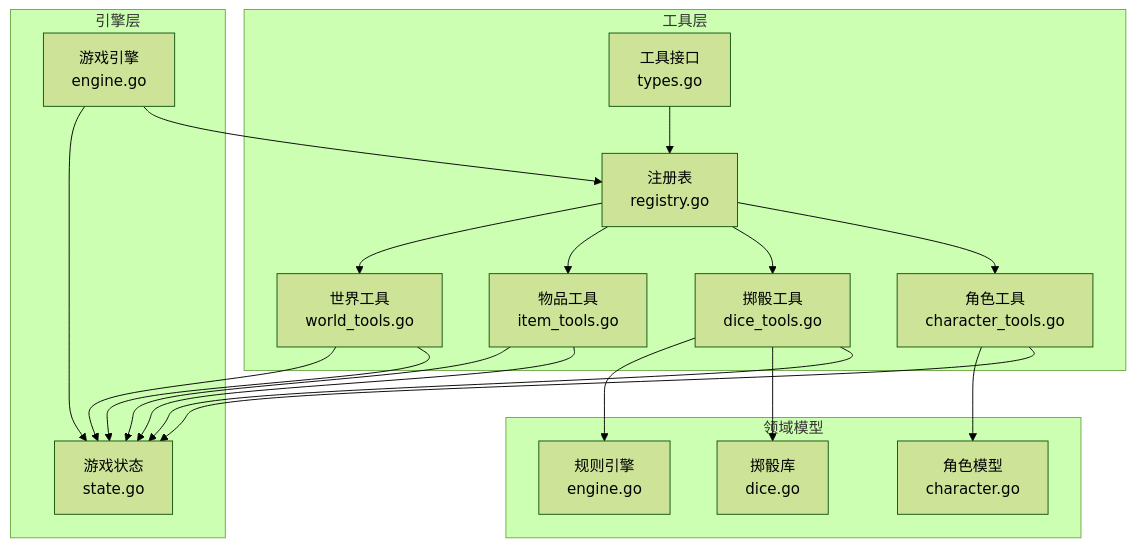
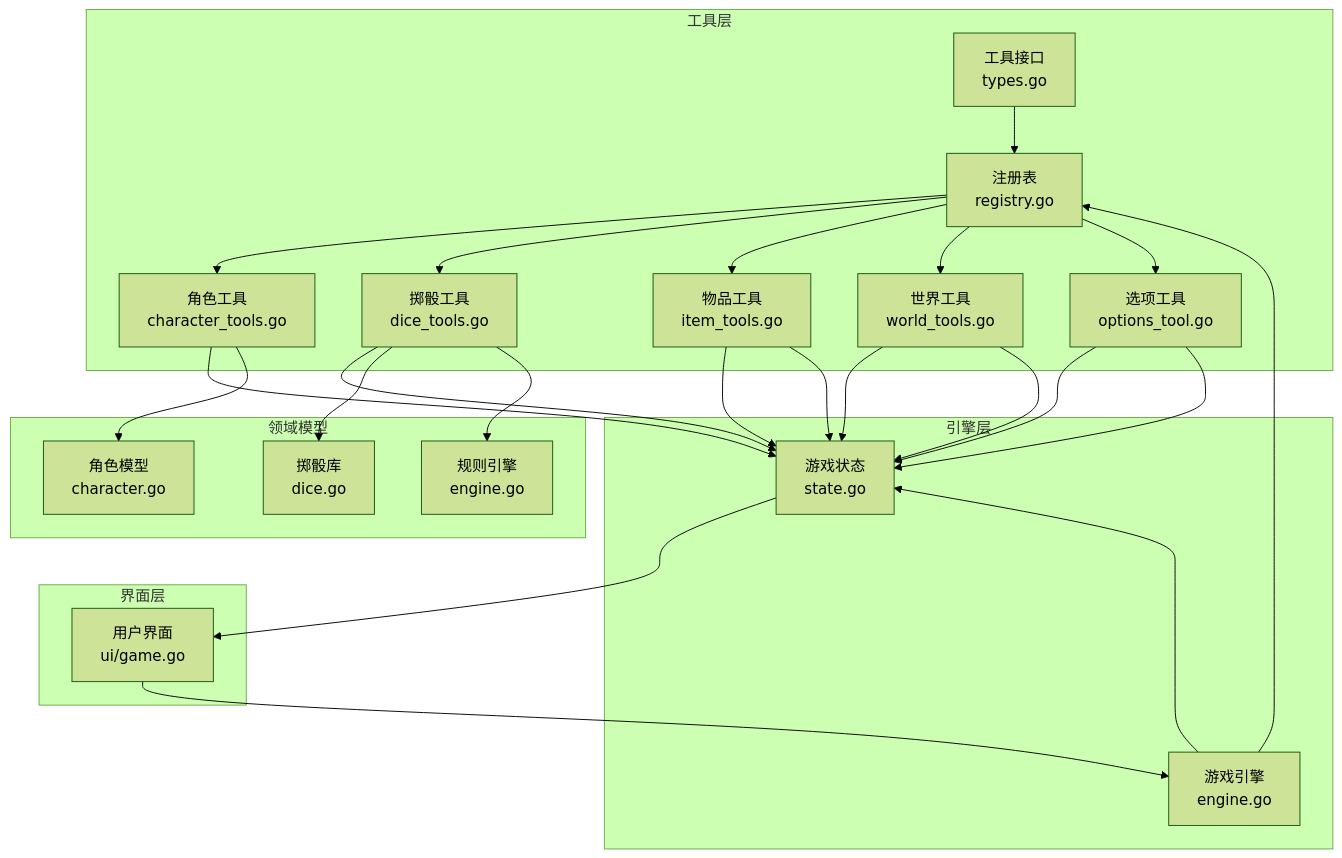
Before and after one commit to zwh8800/cdnd: the first of 12 diagrams in .qoder/repowiki/zh/content/工具系统/工具系统.md, drawn with Mermaid (forest theme). The commit also changed other lines of this file and 5 other files, not shown here.

````diff
--- a/.qoder/repowiki/zh/content/工具系统/工具系统.md
+++ b/.qoder/repowiki/zh/content/工具系统/工具系统.md
@@ -48,36 +60,45 @@
 ```mermaid
 graph TB
 subgraph "工具层"
 TIF["工具接口<br/>types.go"]
 REG["注册表<br/>registry.go"]
 CT["角色工具<br/>character_tools.go"]
 DT["掷骰工具<br/>dice_tools.go"]
 IT["物品工具<br/>item_tools.go"]
 WT["世界工具<br/>world_tools.go"]
+OPT["选项工具<br/>options_tool.go"]
 end
 subgraph "引擎层"
 ENG["游戏引擎<br/>engine.go"]
 ST["游戏状态<br/>state.go"]
 end
 subgraph "领域模型"
 CH["角色模型<br/>character.go"]
 DI["掷骰库<br/>dice.go"]
 RE["规则引擎<br/>engine.go"]
 end
+subgraph "界面层"
+UI["用户界面<br/>ui/game.go"]
+end
 TIF --> REG
 REG --> CT
 REG --> DT
 REG --> IT
 REG --> WT
+REG --> OPT
 ENG --> REG
 ENG --> ST
 CT --> ST
 DT --> ST
 IT --> ST
 WT --> ST
+OPT --> ST
 CT --> CH
 DT --> DI
 DT --> RE
 IT --> ST
 WT --> ST
+OPT --> ST
+ST --> UI
+UI --> ENG
 ```
````
